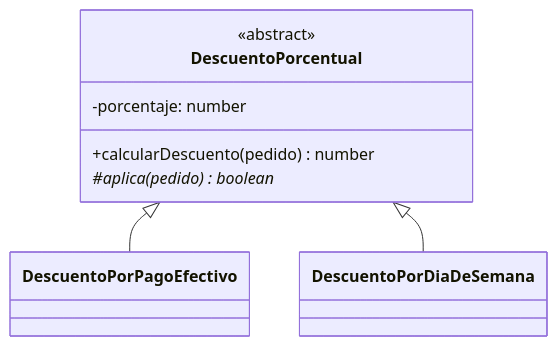
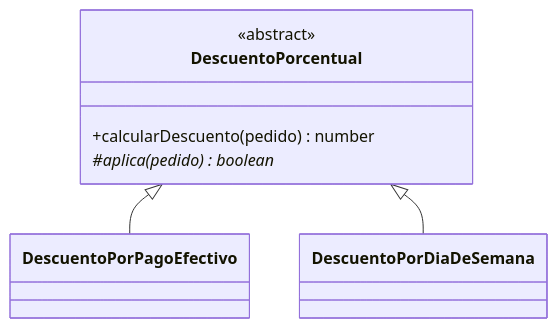
One commit to BrunoE99/tp_restaurante_programacion_II changed the fourth of 5 diagrams in README.md. Above: the diagram before and after it, drawn with Mermaid. The commit also changed other lines of this file and 20 other files, not shown here.

````diff
--- a/README.md
+++ b/README.md
@@ -408,11 +258,10 @@
 ```mermaid
 classDiagram
     class DescuentoPorcentual {
         <<abstract>>
-        -porcentaje: number
         +calcularDescuento(pedido) number
         #aplica(pedido)* boolean
     }
     DescuentoPorcentual <|-- DescuentoPorPagoEfectivo
     DescuentoPorcentual <|-- DescuentoPorDiaDeSemana
 ```
````
